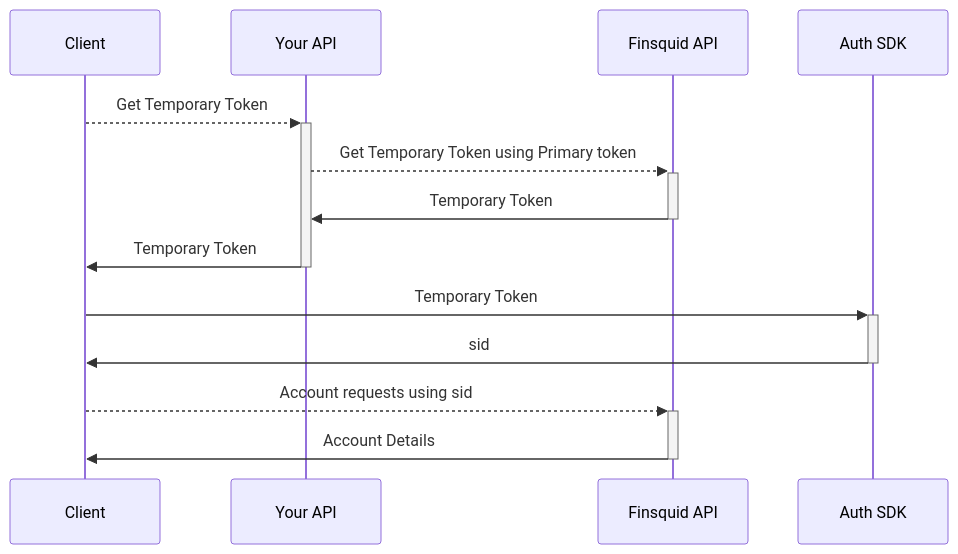
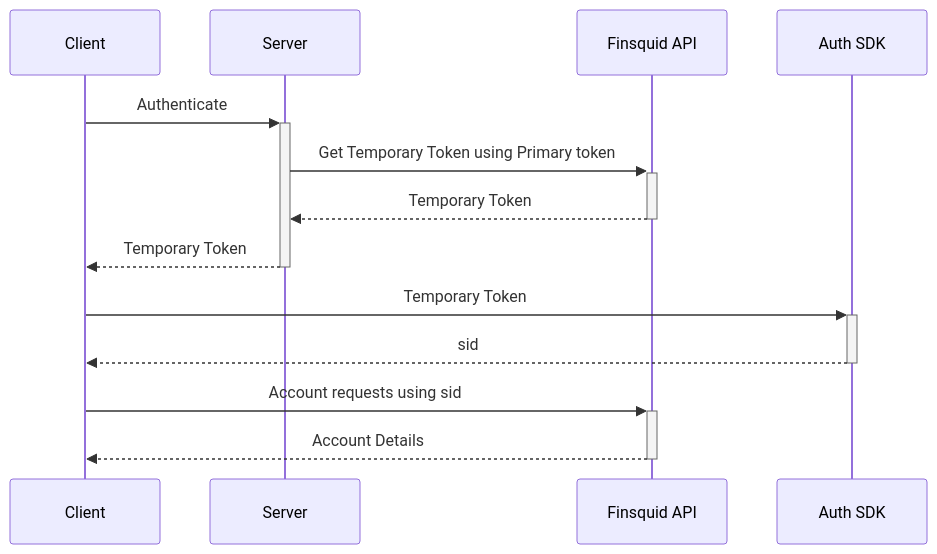
Before and after one commit to finfollow/finsquid-auth-sdk: the first of 2 diagrams in docs/getting-started.md, drawn with Mermaid. The commit also changed other lines of this file and 5 other files, not shown here.

Commit message:
8693rezwe - docs diagrams and links updated

````diff
--- a/docs/getting-started.md
+++ b/docs/getting-started.md
@@ -53,11 +53,11 @@
 ```mermaid
 sequenceDiagram;
-    Client-->>+Your API: Get Temporary Token;
-    Your API-->>+Finsquid API: Get Temporary Token using Primary token;
-    Finsquid API->>-Your API: Temporary Token;
-    Your API->>-Client: Temporary Token;
+    Client->>+Server: Authenticate;
+    Server->>+Finsquid API: Get Temporary Token using Primary token;
+    Finsquid API-->>-Server: Temporary Token;
+    Server-->>-Client: Temporary Token;
     Client->>+Auth SDK: Temporary Token;
-    Auth SDK->>-Client: sid;
-    Client-->>+Finsquid API: Account requests using sid;
-    Finsquid API->>-Client: Account Details;
+    Auth SDK-->>-Client: sid;
+    Client->>+Finsquid API: Account requests using sid;
+    Finsquid API-->>-Client: Account Details;
 ```
````
